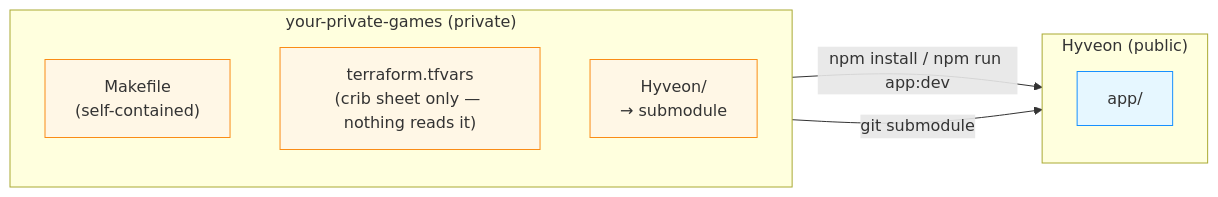
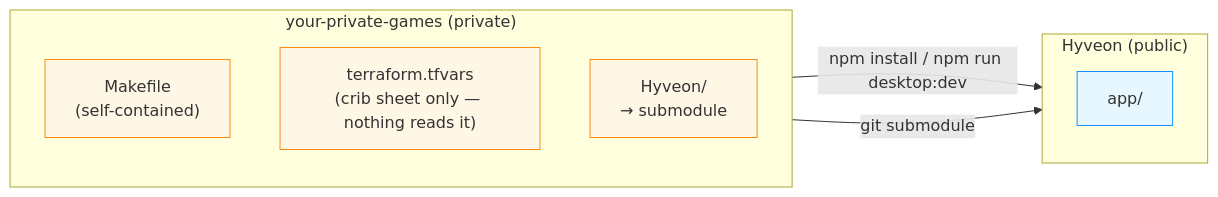
Before and after one commit to CoderCoco-Studios/Hyveon: the diagram in docs/docs/guides/submodule.md, drawn with Mermaid. The commit also changed other lines of this file and 6 other files, not shown here.

First line of the commit message:
chore(scripts): remove broken app:dev, point everything at desktop:dev

````diff
--- a/docs/docs/guides/submodule.md
+++ b/docs/docs/guides/submodule.md
@@ -42,20 +42,20 @@
 ```mermaid
 flowchart LR
   classDef public fill:#e6f7ff,stroke:#1890ff
   classDef priv   fill:#fff7e6,stroke:#fa8c16
 
   subgraph Parent["your-private-games (private)"]
     direction TB
     PMK["Makefile<br/>(self-contained)"]:::priv
     PTF["terraform.tfvars<br/>(crib sheet only — nothing reads it)"]:::priv
     PSUB["Hyveon/<br/>→ submodule"]:::priv
   end
 
   subgraph Upstream["Hyveon (public)"]
     direction TB
     UAPP["app/"]:::public
   end
 
   PSUB -- "git submodule" --> Upstream
-  PMK  -- "npm install / npm run app:dev" --> UAPP
+  PMK  -- "npm install / npm run desktop:dev" --> UAPP
 ```
````
